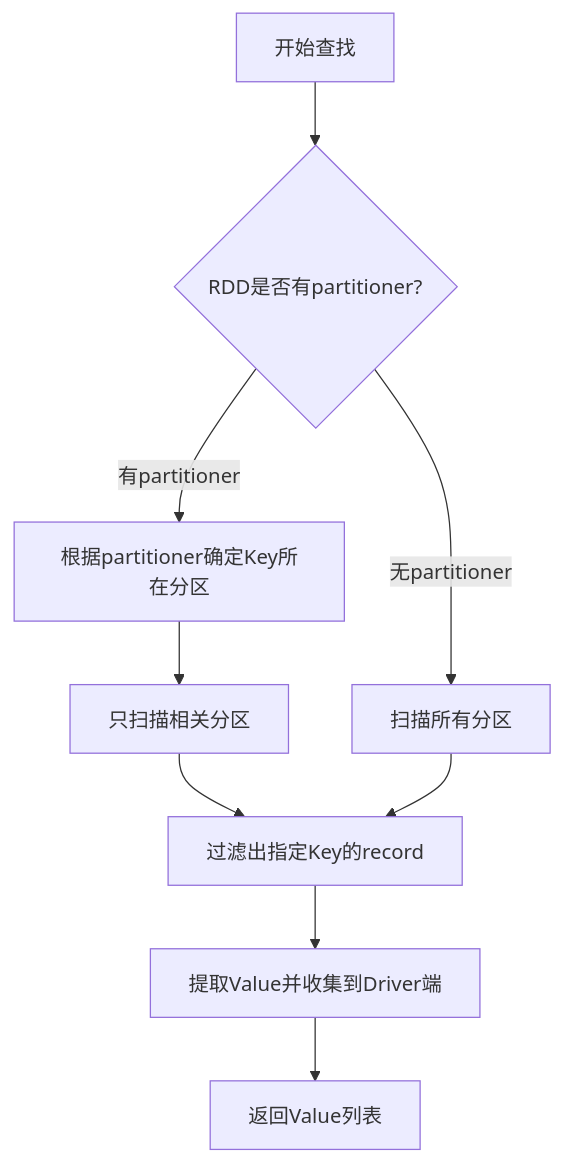
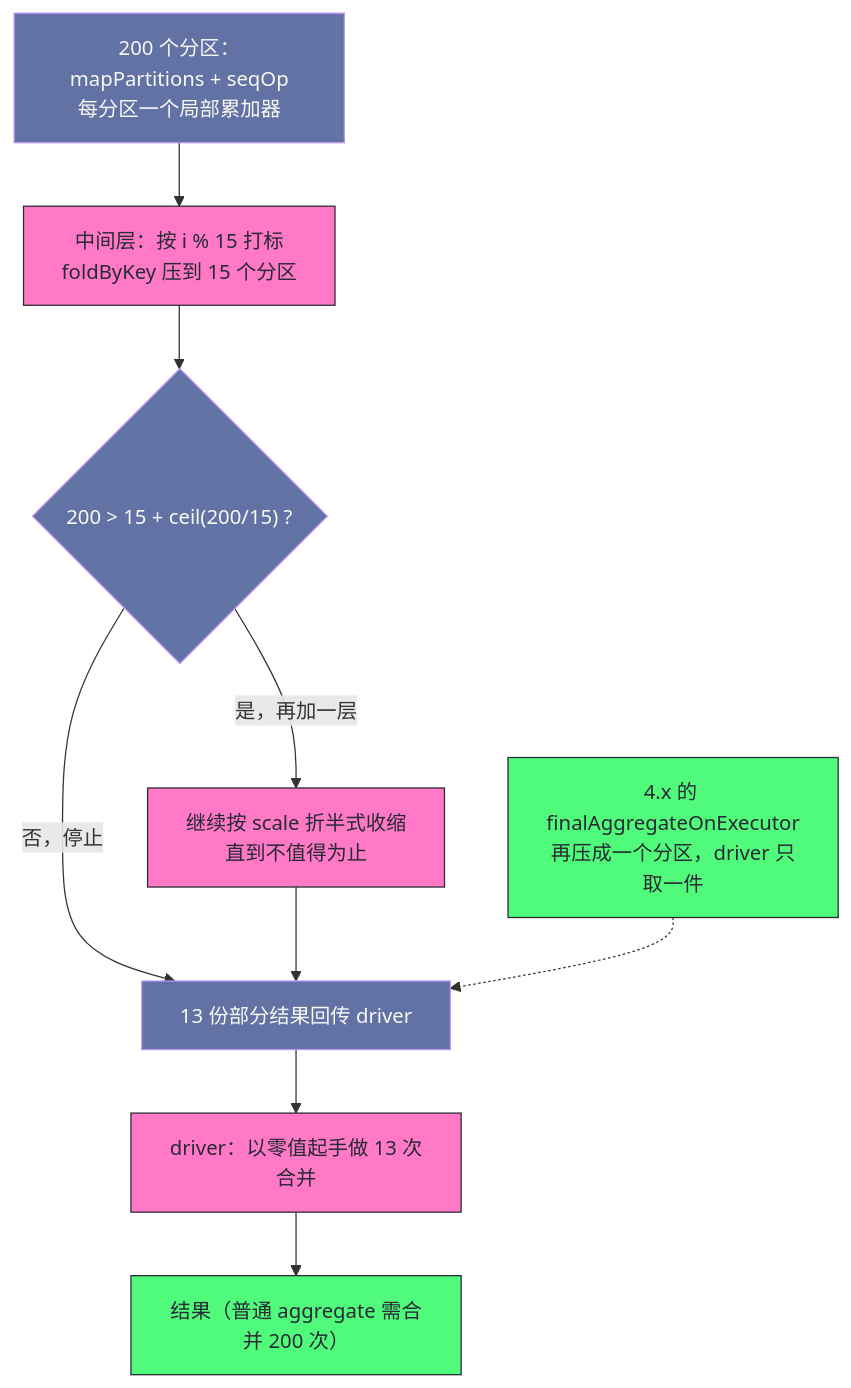
Before and after one commit to hpliStartAgain/my-brain: the fourth of 6 diagrams in content/大数据/Spark/读书笔记-spark内核/01_核心概念与基础/4. Spark_RDD_Action_操作深度解析.md, drawn with Mermaid. The commit also changed other lines of this file and 259 other files, not shown here.

````diff
--- a/content/大数据/Spark/读书笔记-spark内核/01_核心概念与基础/4. Spark_RDD_Action_操作深度解析.md
+++ b/content/大数据/Spark/读书笔记-spark内核/01_核心概念与基础/4. Spark_RDD_Action_操作深度解析.md
@@ -509,13 +388,18 @@
 ```mermaid
+%%{init: {'theme': 'dracula'}}%%
 flowchart TD
-    A["开始查找"] --> B{"RDD是否有partitioner?"}
-    B -->|"有partitioner"| C["根据partitioner确定Key所在分区"]
-    C --> D["只扫描相关分区"]
-    D --> E["过滤出指定Key的record"]
-    
-    B -->|"无partitioner"| F["扫描所有分区"]
-    F --> E
-    
-    E --> G["提取Value并收集到Driver端"]
-    G --> H["返回Value列表"]
+    A["200 个分区：mapPartitions + seqOp<br/>每分区一个局部累加器"] --> B["中间层：按 i % 15 打标<br/>foldByKey 压到 15 个分区"]
+    B --> C{"200 > 15 + ceil(200/15) ?"}
+    C -- "是，再加一层" --> D["继续按 scale 折半式收缩<br/>直到不值得为止"]
+    C -- "否，停止" --> E["13 份部分结果回传 driver"]
+    D --> E
+    E --> F["driver：以零值起手做 13 次合并"]
+    F --> G["结果（普通 aggregate 需合并 200 次）"]
+    H["4.x 的 finalAggregateOnExecutor<br/>再压成一个分区，driver 只取一件"] -.-> E
+    classDef hot fill:#ff79c6,stroke:#282a36,color:#282a36
+    classDef cold fill:#6272a4,stroke:#bd93f9,color:#f8f8f2
+    classDef good fill:#50fa7b,stroke:#282a36,color:#282a36
+    class B,D,F hot
+    class A,C,E cold
+    class G,H good
 ```
````
